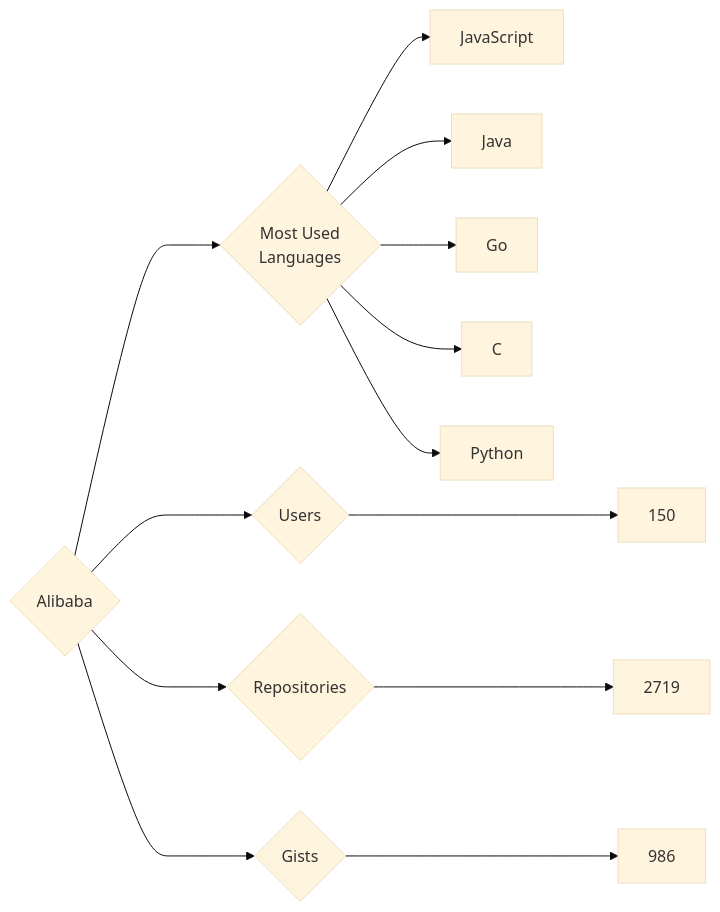
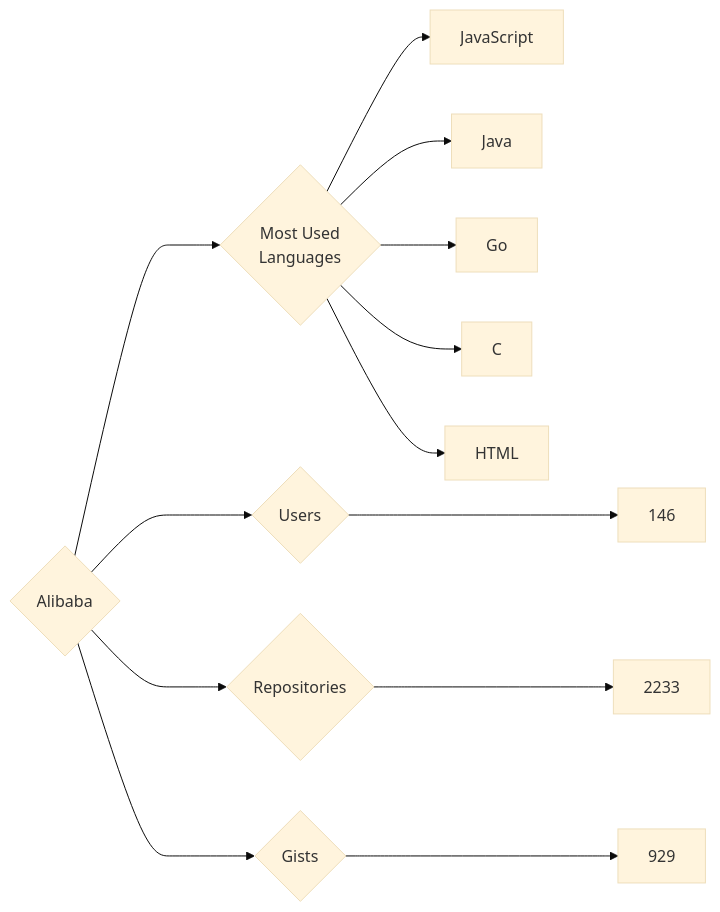
Before and after one commit to trickest/insiders: the diagram in targets/Alibaba/README.md, drawn with Mermaid (base theme). The commit also changed 891 other files, not shown here.

````diff
--- a/targets/Alibaba/README.md
+++ b/targets/Alibaba/README.md
@@ -3,13 +3,13 @@
 ```mermaid
 graph LR
 COMPANY_NAME{Alibaba}
-COMPANY_NAME ---> U{Users} ---> UN[150]
-COMPANY_NAME ---> R{Repositories} ---> RN[2719]
-COMPANY_NAME ---> G{Gists} ---> GN[986]
+COMPANY_NAME ---> U{Users} ---> UN[146]
+COMPANY_NAME ---> R{Repositories} ---> RN[2233]
+COMPANY_NAME ---> G{Gists} ---> GN[929]
 COMPANY_NAME ---> ML{Most Used<br>Languages}
 ML --> JavaScript[JavaScript]
 ML --> Java[Java]
 ML --> Go[Go]
 ML --> C[C]
-ML --> Python[Python]
+ML --> HTML[HTML]
 ```
````
